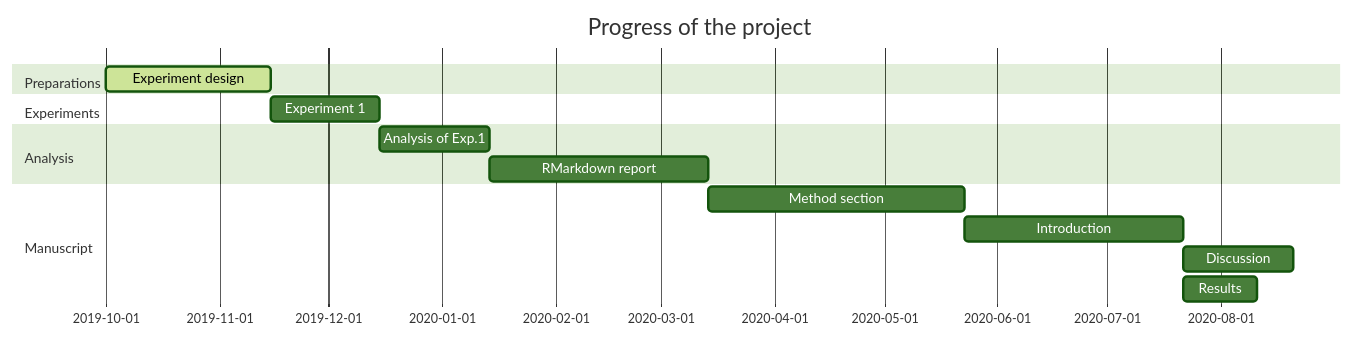
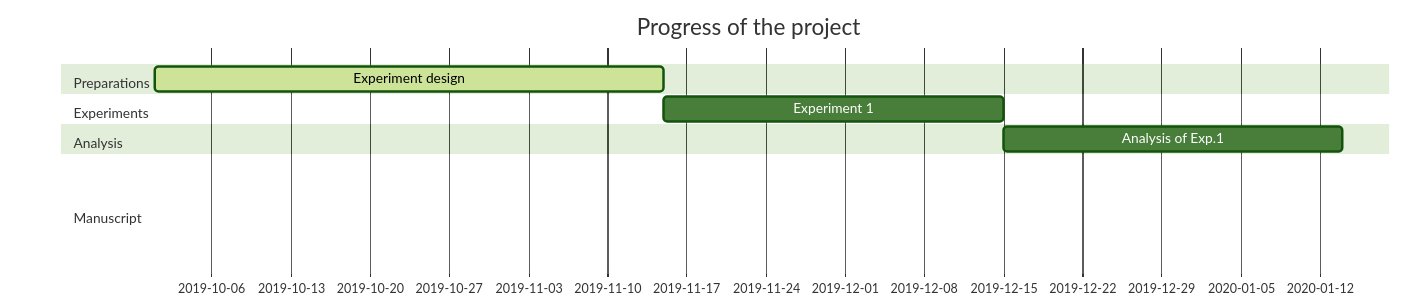
The diagram in README.md (wachtlerlab/colornoise), drawn with Mermaid (forest theme) before and after one commit.

````diff
--- a/README.md
+++ b/README.md
@@ -11,25 +11,24 @@
 ```mermaid
 gantt
   dateFormat YYYY-MM-DD
   title Progress of the project
   
   section Preparations
   Experiment design            :active, design, 2019-10-01, 2019-11-15
   
 
   section Experiments
   Experiment 1        :exp1, after design, 30d
   
 
   section Analysis
   Analysis of Exp.1            :ana1, after exp1, 30d
-  
-  RMarkdown report              :report, after ana1, 60d
+
 
   section Manuscript
   Method section                :man1, after report, 70d
   Introduction                  :man3, after man1, 60d
   Discussion                    :man4, after man3, 30d
   Results                       :man2, after man3, 20d
   
 ```
````
